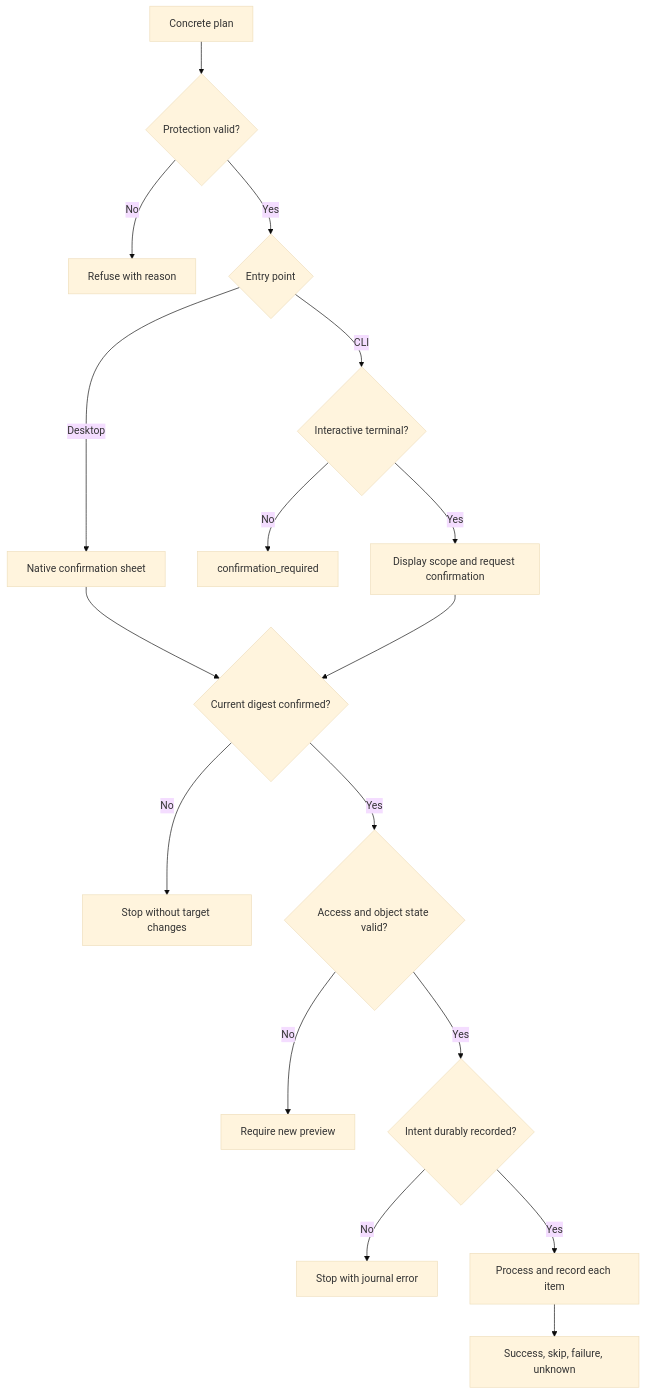
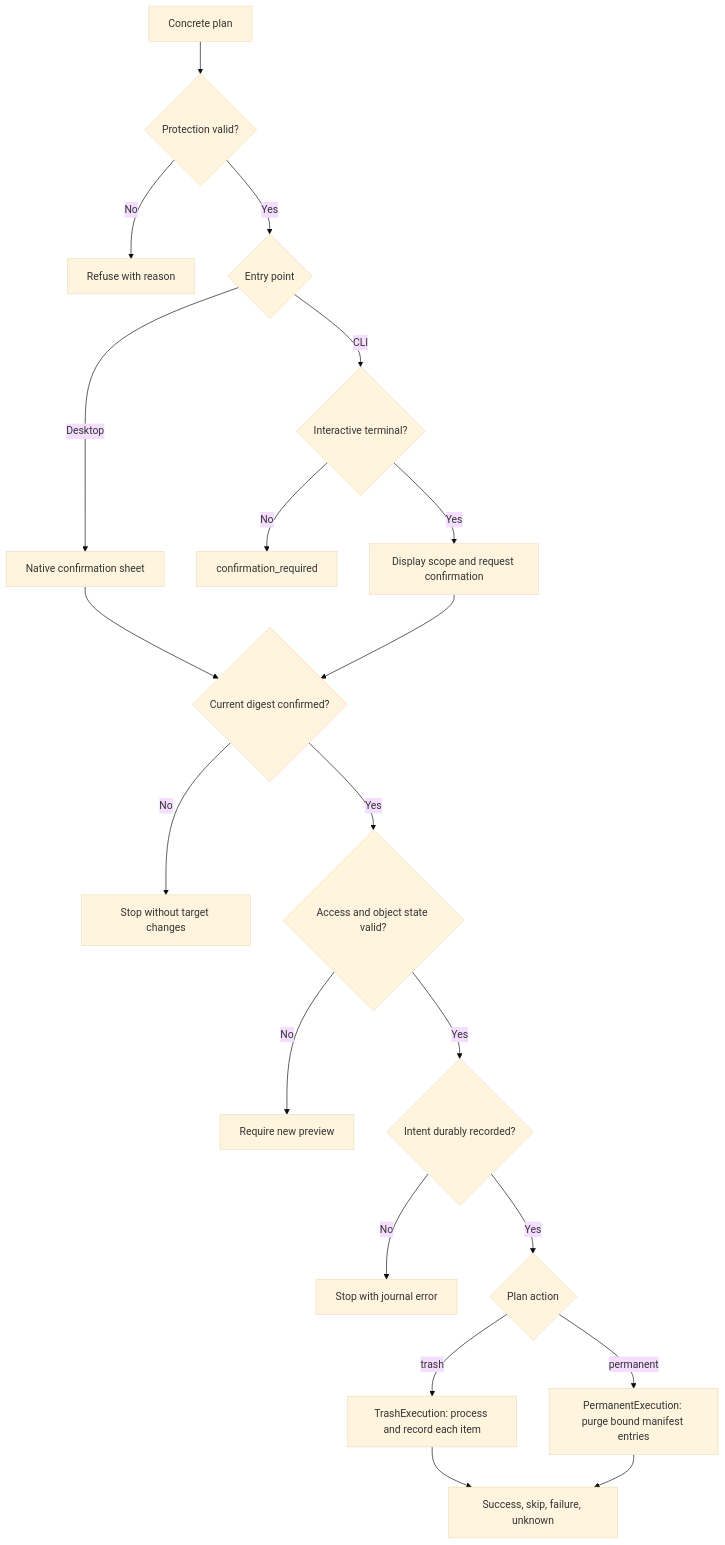
The fourth of 8 diagrams in docs/architecture/workflows-and-sequences.md (limecloud/shou), drawn with Mermaid (base theme) before and after one commit. The commit also changed other lines of this file and 99 other files, not shown here.

````diff
--- a/docs/architecture/workflows-and-sequences.md
+++ b/docs/architecture/workflows-and-sequences.md
@@ -63,19 +95,22 @@
 ```mermaid
 flowchart TD
     Plan[Concrete plan] --> Policy{Protection valid?}
     Policy -->|No| Block[Refuse with reason]
     Policy -->|Yes| Entry{Entry point}
     Entry -->|Desktop| Sheet[Native confirmation sheet]
     Entry -->|CLI| TTY{Interactive terminal?}
     TTY -->|No| Required[confirmation_required]
     TTY -->|Yes| Prompt[Display scope and request confirmation]
     Sheet --> Confirm{Current digest confirmed?}
     Prompt --> Confirm
     Confirm -->|No| Stop[Stop without target changes]
     Confirm -->|Yes| Verify{Access and object state valid?}
     Verify -->|No| Stale[Require new preview]
     Verify -->|Yes| Journal{Intent durably recorded?}
     Journal -->|No| Failure[Stop with journal error]
-    Journal -->|Yes| Trash[Process and record each item]
+    Journal -->|Yes| Action{Plan action}
+    Action -->|trash| Trash[TrashExecution: process and record each item]
+    Action -->|permanent| Purge[PermanentExecution: purge bound manifest entries]
     Trash --> Result[Success, skip, failure, unknown]
+    Purge --> Result
 ```
````
